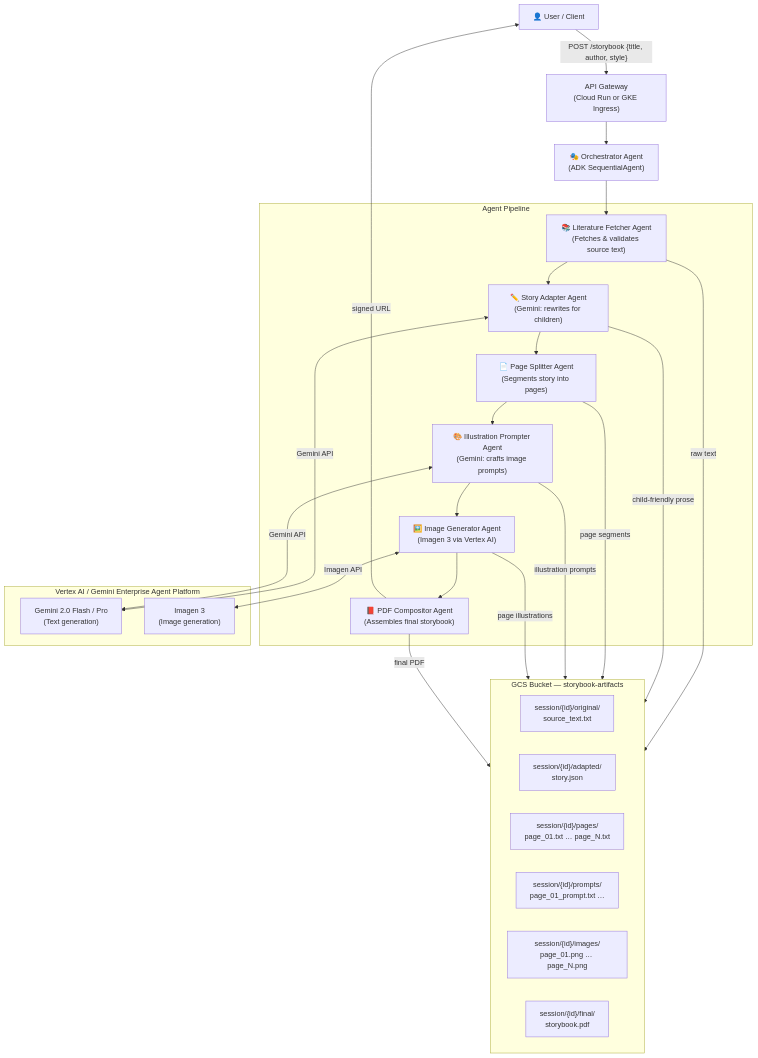
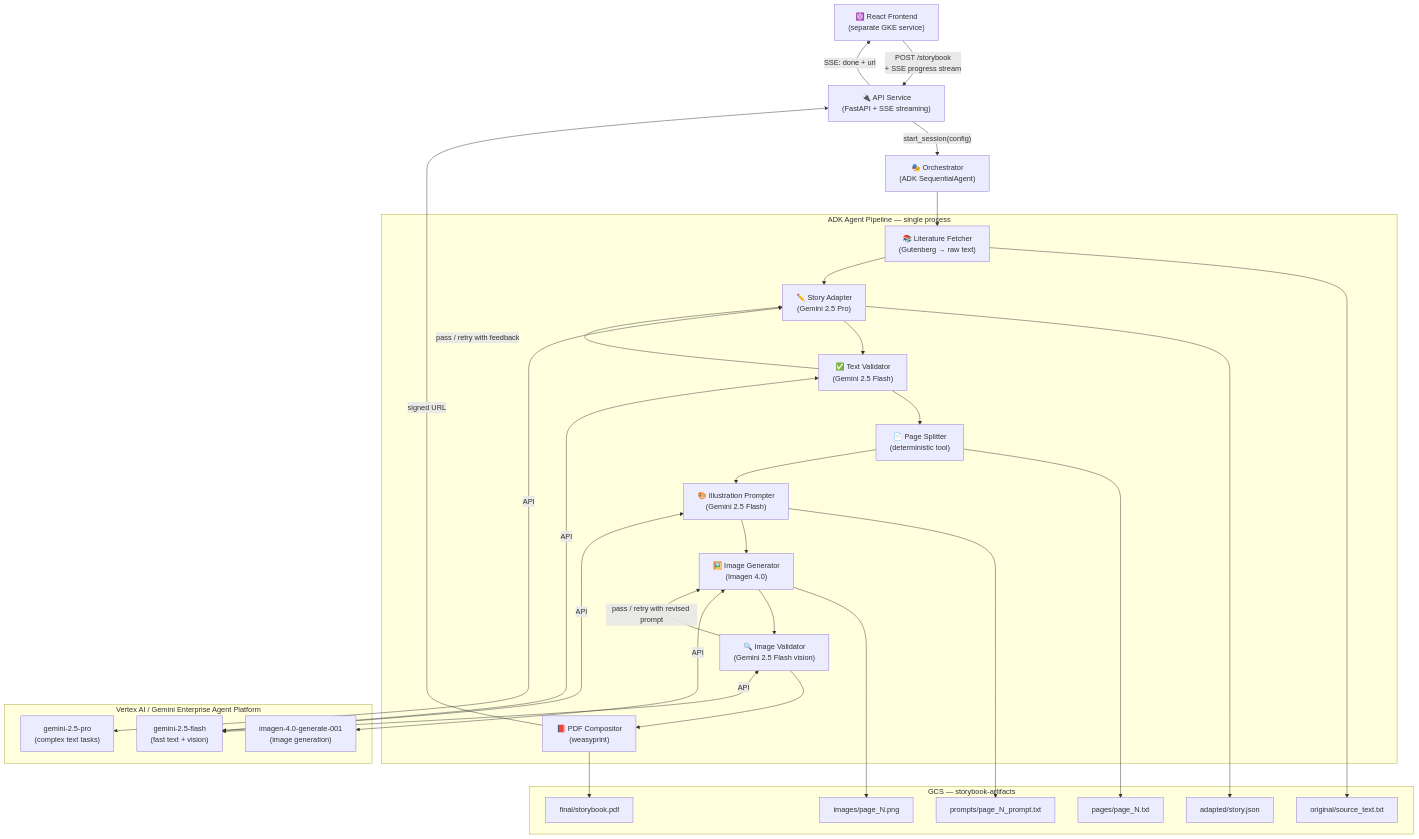
One commit to arbrown/asp changed the first of 4 diagrams in docs/architecture/architecture.md. Above: the diagram before and after it, drawn with Mermaid. The commit also changed other lines of this file, not shown here.

First line of the commit message:
docs: revise architecture with validation agents, React frontend, updated models

````diff
--- a/docs/architecture/architecture.md
+++ b/docs/architecture/architecture.md
@@ -9,56 +11,65 @@
 ```mermaid
 graph TD
-    User["👤 User / Client"]
-    API["API Gateway\n(Cloud Run or GKE Ingress)"]
-    Orch["🎭 Orchestrator Agent\n(ADK SequentialAgent)"]
+    ReactUI["⚛️ React Frontend\n(separate GKE service)"]
+    API["🔌 API Service\n(FastAPI + SSE streaming)"]
+    Orch["🎭 Orchestrator\n(ADK SequentialAgent)"]
 
-    subgraph Agents ["Agent Pipeline"]
-        Fetch["📚 Literature Fetcher Agent\n(Fetches & validates source text)"]
-        Adapt["✏️ Story Adapter Agent\n(Gemini: rewrites for children)"]
-        Page["📄 Page Splitter Agent\n(Segments story into pages)"]
-        Prompt["🎨 Illustration Prompter Agent\n(Gemini: crafts image prompts)"]
-        Image["🖼️ Image Generator Agent\n(Imagen 3 via Vertex AI)"]
-        PDF["📕 PDF Compositor Agent\n(Assembles final storybook)"]
+    subgraph AgentPipeline ["ADK Agent Pipeline — single process"]
+        Fetch["📚 Literature Fetcher\n(Gutenberg → raw text)"]
+        Adapt["✏️ Story Adapter\n(Gemini 2.5 Pro)"]
+        TextVal["✅ Text Validator\n(Gemini 2.5 Flash)"]
+        PageSplit["📄 Page Splitter\n(deterministic tool)"]
+        IllPrompt["🎨 Illustration Prompter\n(Gemini 2.5 Flash)"]
+        ImgGen["🖼️ Image Generator\n(Imagen 4.0)"]
+        ImgVal["🔍 Image Validator\n(Gemini 2.5 Flash vision)"]
+        PDF["📕 PDF Compositor\n(weasyprint)"]
     end
 
-    subgraph Storage ["GCS Bucket — storybook-artifacts"]
-        direction LR
-        Orig["session/{id}/original/\nsource_text.txt"]
-        Adapted["session/{id}/adapted/\nstory.json"]
-        Pages["session/{id}/pages/\npage_01.txt … page_N.txt"]
-        Prompts["session/{id}/prompts/\npage_01_prompt.txt …"]
-        Images["session/{id}/images/\npage_01.png … page_N.png"]
-        Final["session/{id}/final/\nstorybook.pdf"]
+    subgraph Storage ["GCS — storybook-artifacts"]
+        Orig["original/source_text.txt"]
+        Adapted["adapted/story.json"]
+        Pages["pages/page_N.txt"]
+        Prompts["prompts/page_N_prompt.txt"]
+        Images["images/page_N.png"]
+        Final["final/storybook.pdf"]
     end
 
     subgraph VertexAI ["Vertex AI / Gemini Enterprise Agent Platform"]
-        Gemini["Gemini 2.0 Flash / Pro\n(Text generation)"]
-        Imagen["Imagen 3\n(Image generation)"]
+        Gemini25Pro["gemini-2.5-pro\n(complex text tasks)"]
+        Gemini25Flash["gemini-2.5-flash\n(fast text + vision)"]
+        Imagen4["imagen-4.0-generate-001\n(image generation)"]
     end
 
-    User -->|"POST /storybook {title, author, style}"| API
-    API --> Orch
+    ReactUI -->|"POST /storybook\n+ SSE progress stream"| API
+    API -->|"start_session(config)"| Orch
 
     Orch --> Fetch
-    Fetch -->|"raw text"| Orig
+    Fetch --> Orig
     Fetch --> Adapt
 
-    Adapt -->|"child-friendly prose"| Adapted
-    Adapt --> Page
+    Adapt --> Adapted
+    Adapt --> TextVal
+    TextVal -->|"pass / retry with feedback"| Adapt
 
-    Page -->|"page segments"| Pages
-    Page --> Prompt
+    TextVal --> PageSplit
+    PageSplit --> Pages
+    PageSplit --> IllPrompt
 
-    Prompt -->|"illustration prompts"| Prompts
-    Prompt --> Image
+    IllPrompt --> Prompts
+    IllPrompt --> ImgGen
 
-    Image -->|"page illustrations"| Images
-    Image --> PDF
+    ImgGen --> Images
+    ImgGen --> ImgVal
+    ImgVal -->|"pass / retry with revised prompt"| ImgGen
 
-    PDF -->|"final PDF"| Final
-    PDF -->|"signed URL"| User
+    ImgVal --> PDF
+    PDF --> Final
+    PDF -->|"signed URL"| API
+    API -->|"SSE: done + url"| ReactUI
 
-    Adapt <-->|"Gemini API"| Gemini
-    Prompt <-->|"Gemini API"| Gemini
-    Image <-->|"Imagen API"| Imagen
+    Adapt <-->|"API"| Gemini25Pro
+    TextVal <-->|"API"| Gemini25Flash
+    IllPrompt <-->|"API"| Gemini25Flash
+    ImgVal <-->|"API"| Gemini25Flash
+    ImgGen <-->|"API"| Imagen4
 ```
````
